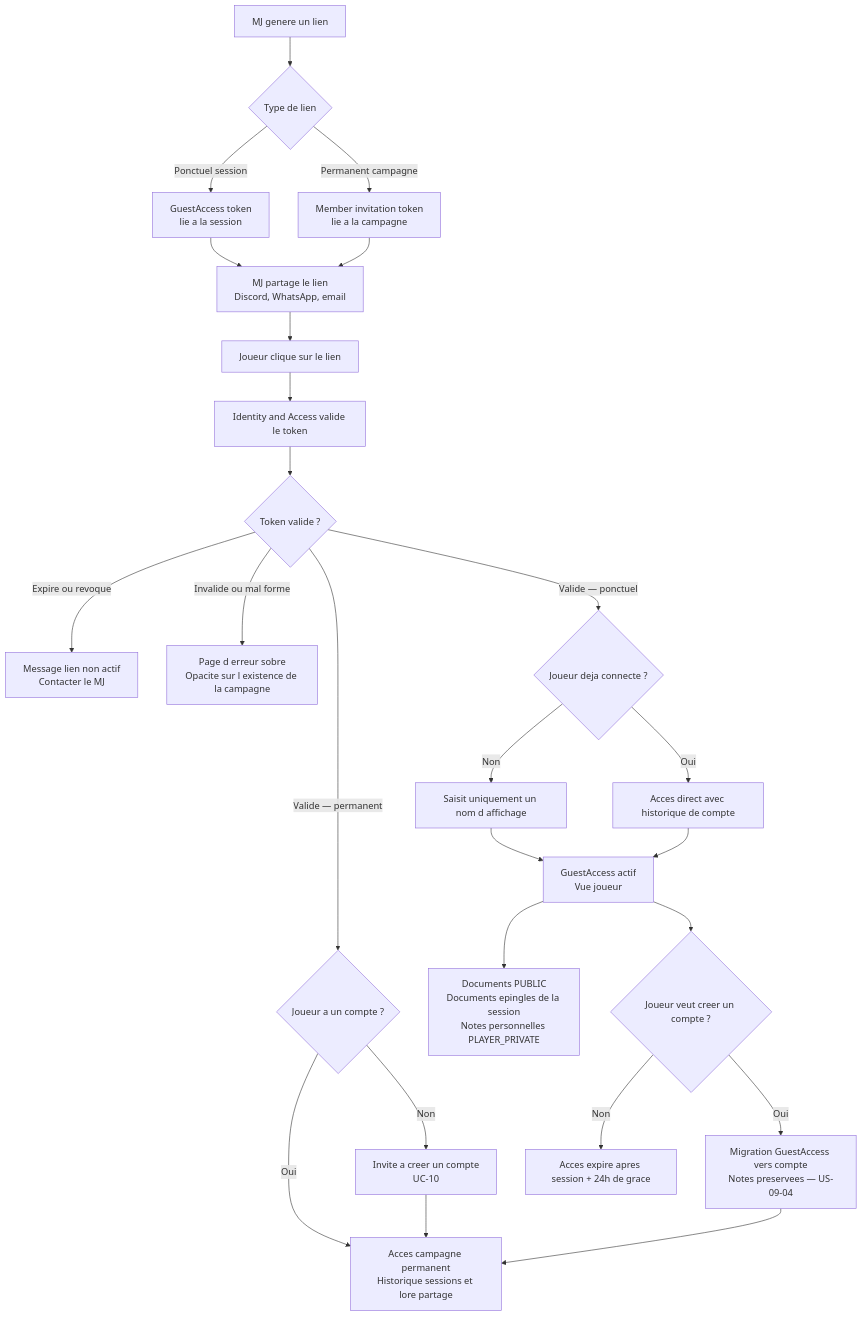
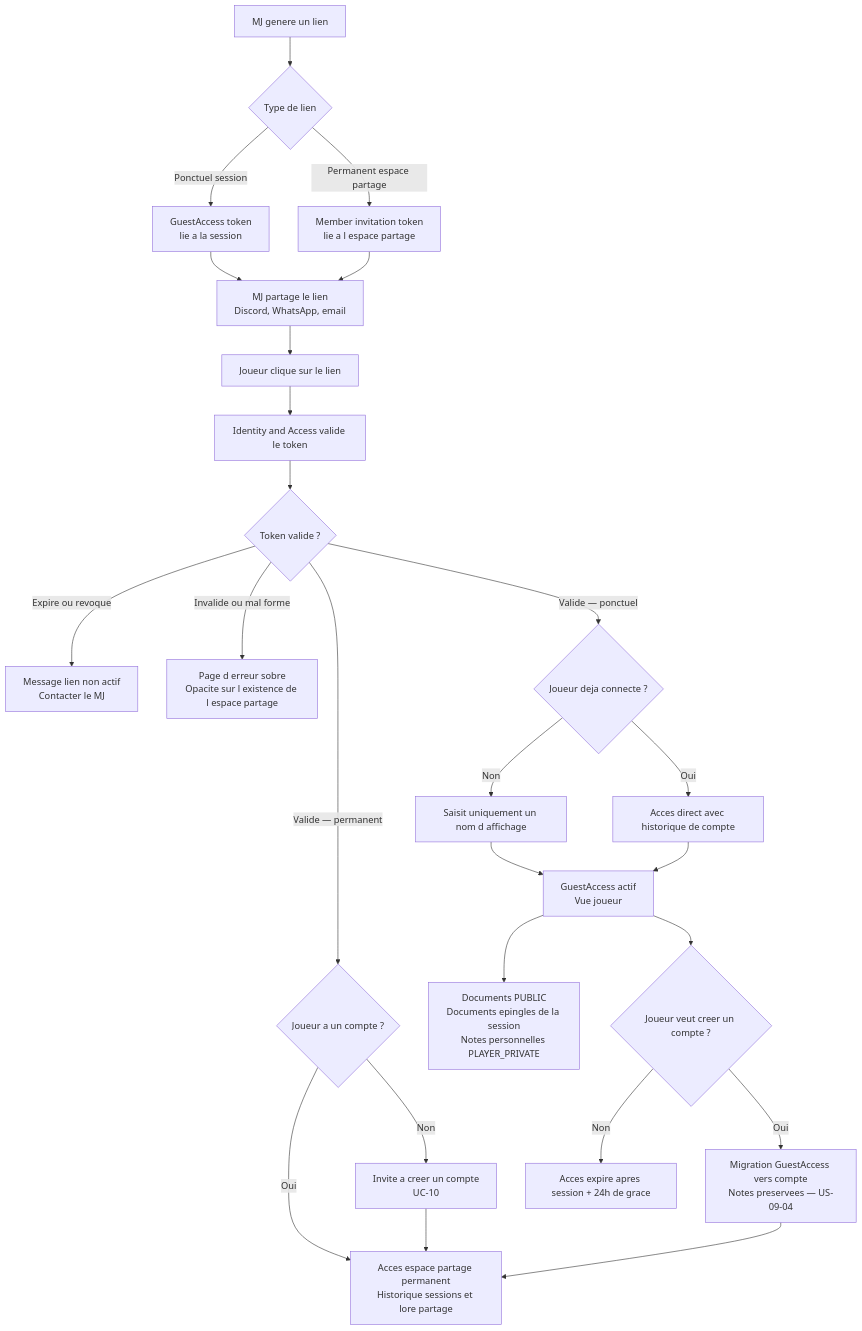
The second of 2 diagrams in docs/conception/besoin/user-journeys/UJ-UC-09-acces-session-joueur.md (2025-10-CDA-ECO-P6/PM-micro-saas), drawn with Mermaid before and after one commit. The commit also changed other lines of this file and 140 other files, not shown here.

````diff
--- a/docs/conception/besoin/user-journeys/UJ-UC-09-acces-session-joueur.md
+++ b/docs/conception/besoin/user-journeys/UJ-UC-09-acces-session-joueur.md
@@ -42,36 +42,36 @@
 ```mermaid
 flowchart TD
     A[MJ genere un lien] --> B{Type de lien}
 
     B -->|Ponctuel session| C[GuestAccess token\nlie a la session]
-    B -->|Permanent campagne| D[Member invitation token\nlie a la campagne]
+    B -->|Permanent espace partage| D[Member invitation token\nlie a l espace partage]
 
     C --> E[MJ partage le lien\nDiscord, WhatsApp, email]
     D --> E
 
     E --> F[Joueur clique sur le lien]
     F --> G[Identity and Access valide le token]
 
     G --> H{Token valide ?}
     H -->|Expire ou revoque| I[Message lien non actif\nContacter le MJ]
-    H -->|Invalide ou mal forme| J[Page d erreur sobre\nOpacite sur l existence de la campagne]
+    H -->|Invalide ou mal forme| J[Page d erreur sobre\nOpacite sur l existence de l espace partage]
 
     H -->|Valide — ponctuel| K{Joueur deja connecte ?}
     K -->|Non| L[Saisit uniquement un nom d affichage]
     K -->|Oui| M[Acces direct avec historique de compte]
 
     L --> N[GuestAccess actif\nVue joueur]
     M --> N
 
     H -->|Valide — permanent| O{Joueur a un compte ?}
-    O -->|Oui| P[Acces campagne permanent\nHistorique sessions et lore partage]
+    O -->|Oui| P[Acces espace partage permanent\nHistorique sessions et lore partage]
     O -->|Non| Q[Invite a creer un compte\nUC-10]
     Q --> P
 
     N --> R[Documents PUBLIC\nDocuments epingles de la session\nNotes personnelles PLAYER_PRIVATE]
 
     N --> S{Joueur veut creer un compte ?}
     S -->|Oui| T[Migration GuestAccess vers compte\nNotes preservees — US-09-04]
     T --> P
     S -->|Non| U[Acces expire apres session + 24h de grace]
 ```
````
